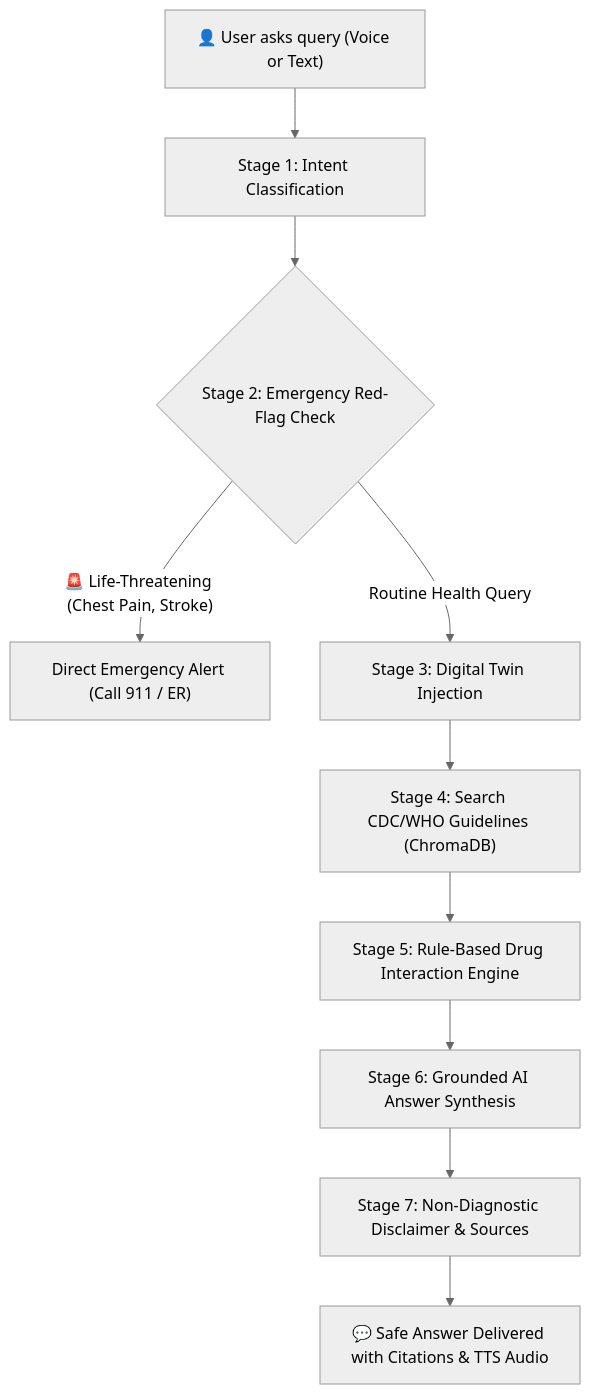
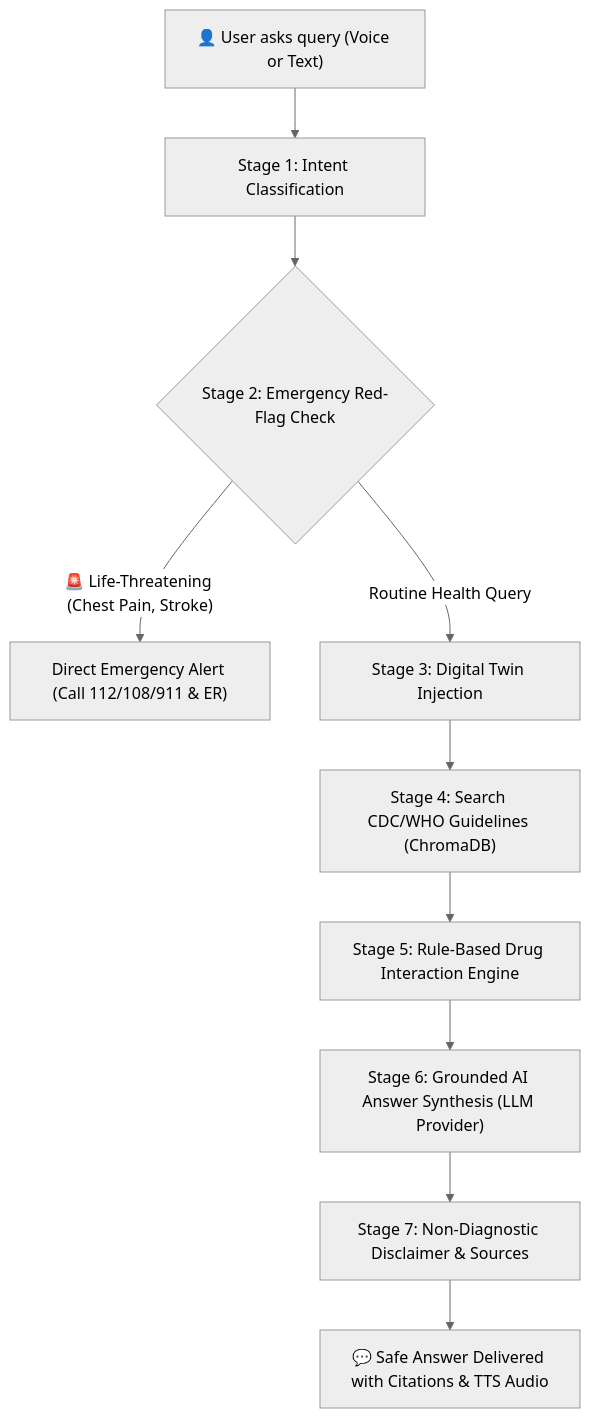
The diagram in README.md (DG-Modi/MedTwin-AI), drawn with Mermaid (neutral theme) before and after one commit. The commit also changed other lines of this file and 32 other files, not shown here.

Commit message:
feat: complete Problem Statement 2 with pluggable LLM provider, emergency cleanup, answer quality, and cache verification

````diff
--- a/README.md
+++ b/README.md
@@ -92,12 +121,12 @@
 ```mermaid
 flowchart TD
     A["👤 User asks query (Voice or Text)"] --> B["Stage 1: Intent Classification"]
     B --> C{"Stage 2: Emergency Red-Flag Check"}
-    C -- "🚨 Life-Threatening (Chest Pain, Stroke)" --> D["Direct Emergency Alert (Call 911 / ER)"]
+    C -- "🚨 Life-Threatening (Chest Pain, Stroke)" --> D["Direct Emergency Alert (Call 112/108/911 & ER)"]
     C -- "Routine Health Query" --> E["Stage 3: Digital Twin Injection"]
     E --> F["Stage 4: Search CDC/WHO Guidelines (ChromaDB)"]
     F --> G["Stage 5: Rule-Based Drug Interaction Engine"]
-    G --> H["Stage 6: Grounded AI Answer Synthesis"]
+    G --> H["Stage 6: Grounded AI Answer Synthesis (LLM Provider)"]
     H --> I["Stage 7: Non-Diagnostic Disclaimer & Sources"]
     I --> J["💬 Safe Answer Delivered with Citations & TTS Audio"]
 ```
````
